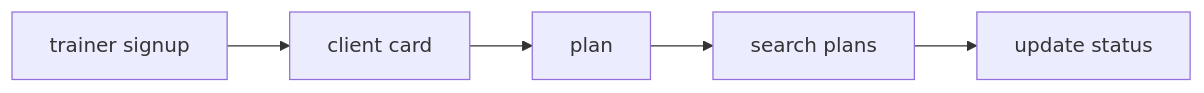
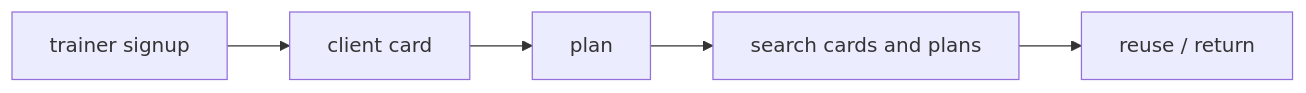
Before and after one commit to MartyanovAV/otuskotlin: the first of 4 diagrams in docs/01-business/CJM.md, drawn with Mermaid. The commit also changed other lines of this file and 38 other files, not shown here.

````diff
--- a/docs/01-business/CJM.md
+++ b/docs/01-business/CJM.md
@@ -7,7 +7,7 @@
 ```mermaid
 flowchart LR
     A[trainer signup] --> B[client card]
     B --> C[plan]
-    C --> D[search plans]
-    D --> E[update status]
+    C --> D[search cards and plans]
+    D --> E[reuse / return]
 ```
````
